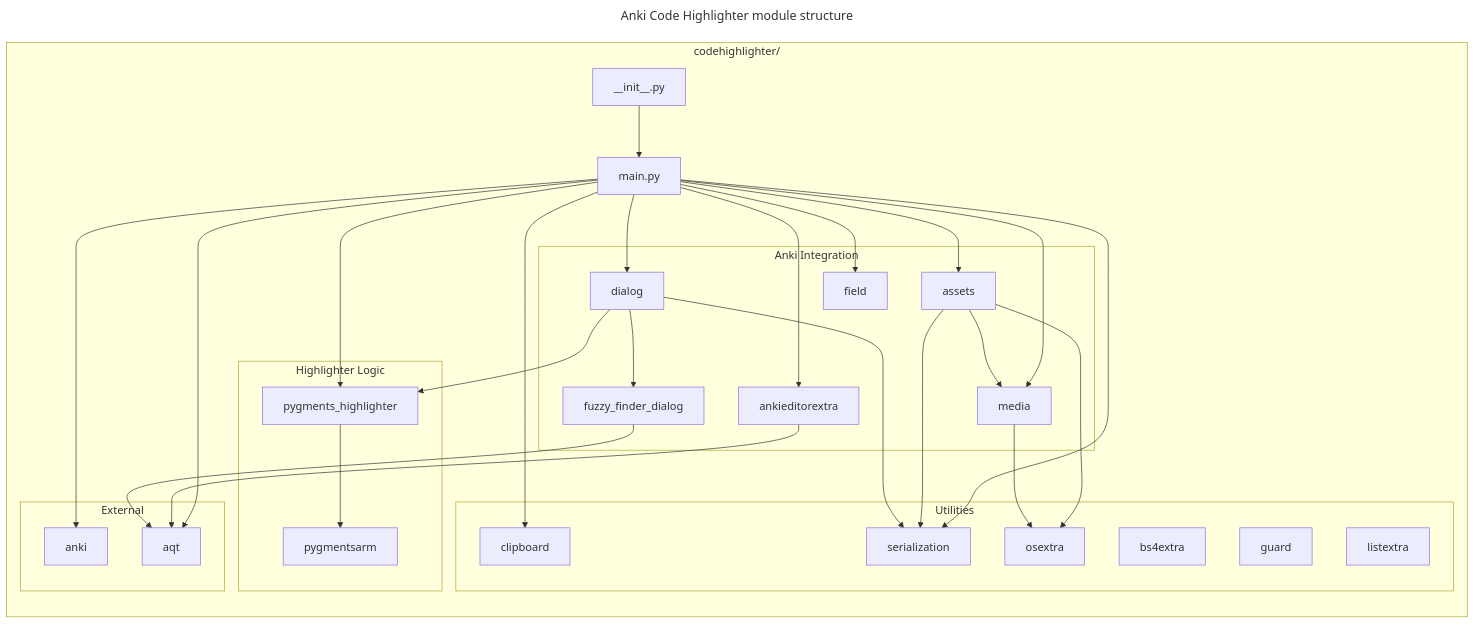
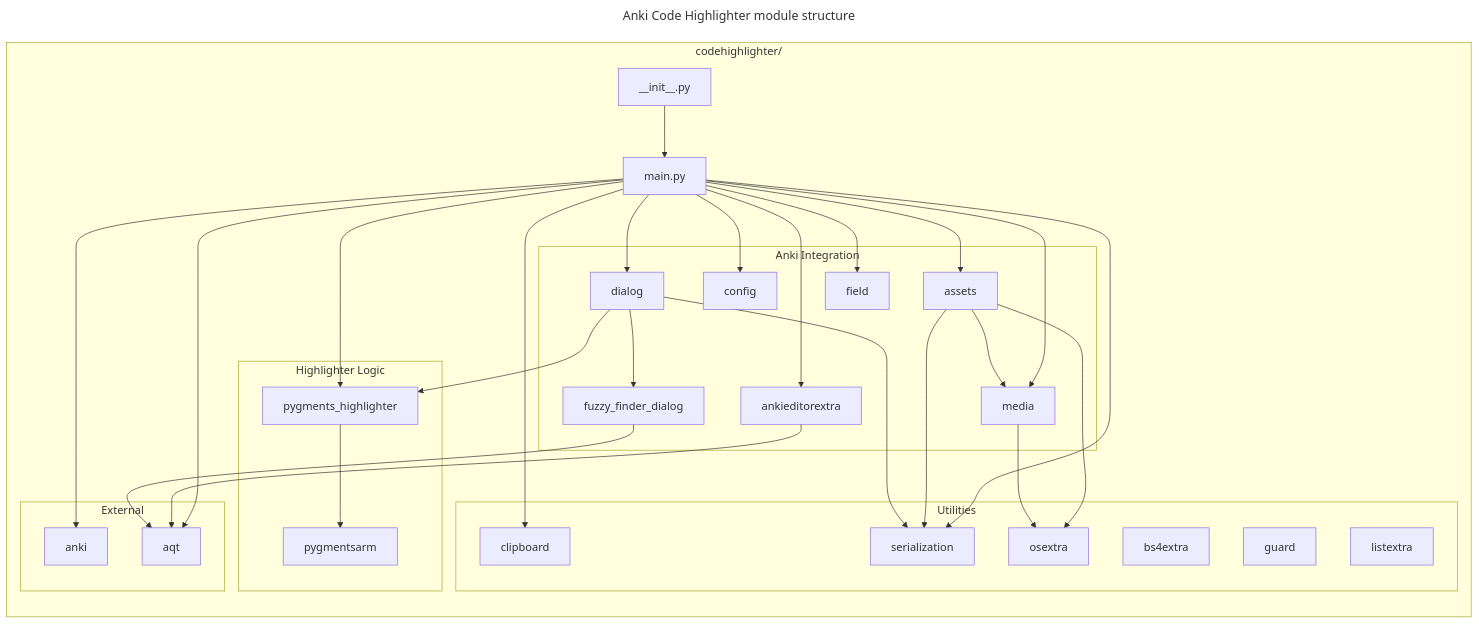
Before and after one commit to gregorias/anki-code-highlighter: the diagram in DEV.md, drawn with Mermaid.

Commit message:
docs: add config module to diagram

````diff
--- a/DEV.md
+++ b/DEV.md
@@ -116,67 +116,69 @@
 ```mermaid
 ---
 title: Anki Code Highlighter module structure
 ---
 graph LR
   init[__init__.py]
 
   subgraph "codehighlighter/"
     main[main.py]
 
     subgraph "Anki Integration"
       ankieditorextra
       assets
+      config
       dialog
       fuzzy_finder_dialog
       field
       media
     end
 
     subgraph "Highlighter Logic"
       pygments_highlighter
       pygmentsarm
     end
 
     subgraph "Utilities"
       bs4extra
       clipboard
       guard
       listextra
       osextra
       serialization
     end
 
     subgraph "External"
       anki-lib[anki]
       aqt-lib[aqt]
     end
 
     init --> main
 
     main --> ankieditorextra
     main --> assets
+    main --> config
     main --> dialog
     main --> pygments_highlighter
     main --> media
     main --> field
     main --> clipboard
     main --> serialization
     main --> anki-lib
     main --> aqt-lib
 
     pygments_highlighter --> pygmentsarm
 
     ankieditorextra --> aqt-lib
 
     assets --> media
     assets --> osextra
     assets --> serialization
 
     dialog --> fuzzy_finder_dialog
     dialog --> pygments_highlighter
     dialog --> serialization
     fuzzy_finder_dialog --> aqt-lib
 
     media --> osextra
   end
 ```
````
